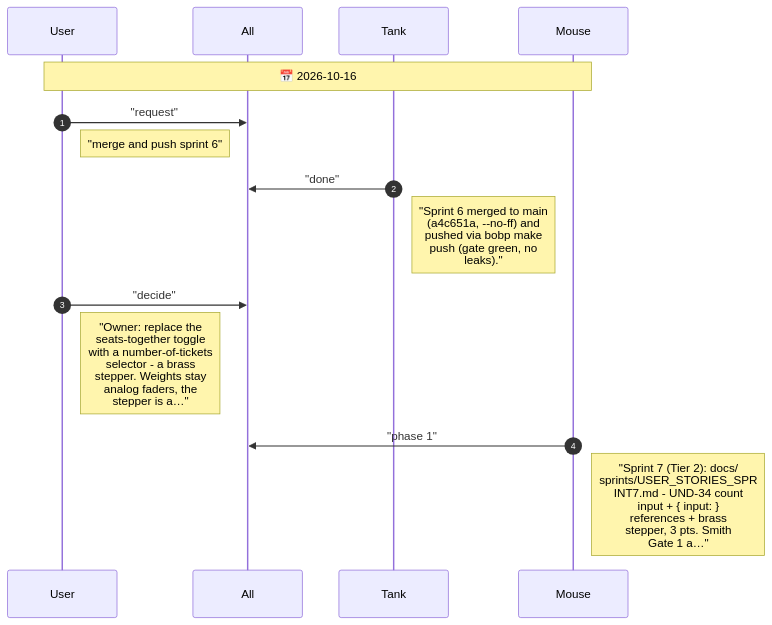
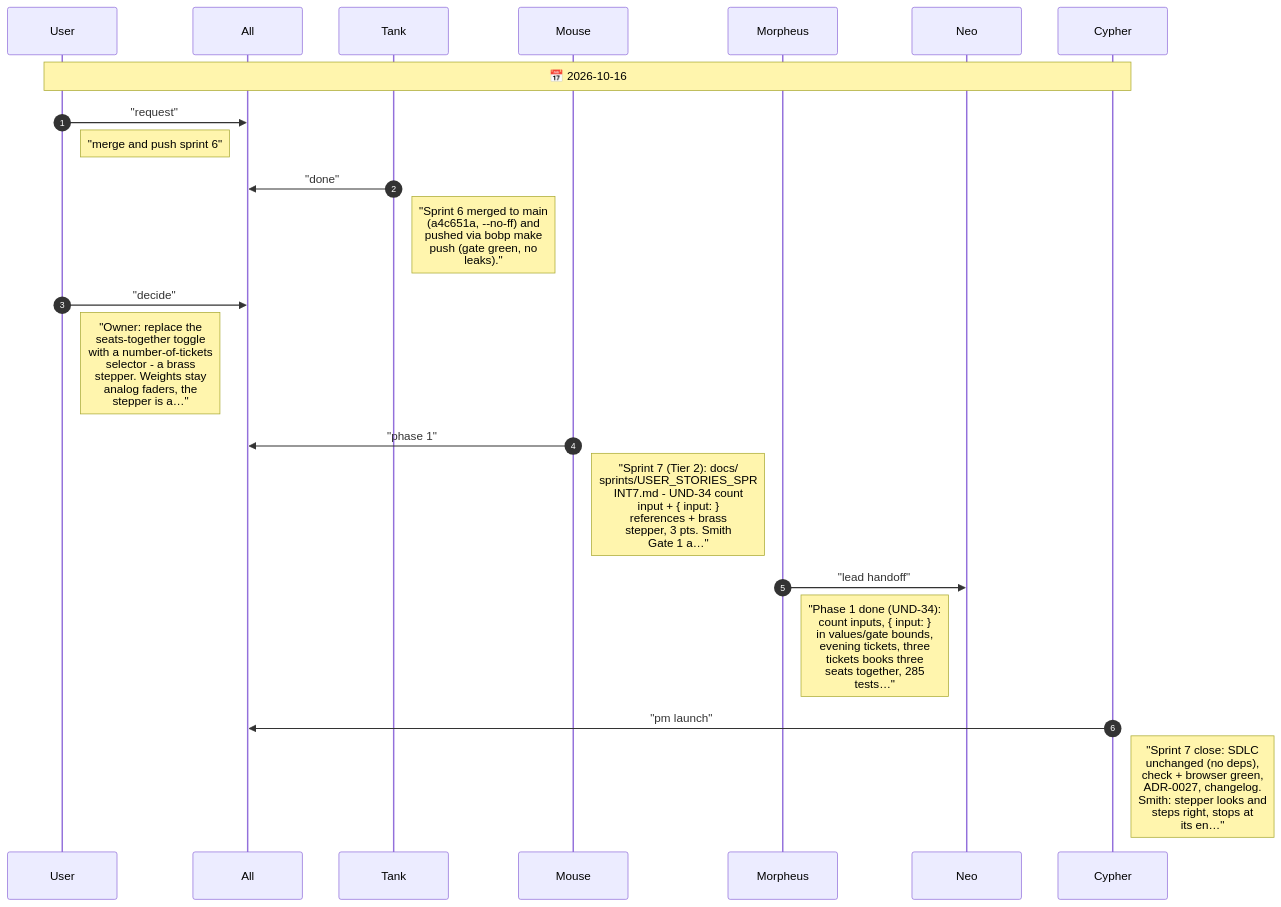
The diagram in agents/CHAT.diagram.md (drusifer/understudy), drawn with Mermaid before and after one commit. The commit also changed 11 other files, not shown here.

First line of the commit message:
Phase 2: the brass stepper; sprint 7 close (UND-34 AC4)

````diff
--- a/agents/CHAT.diagram.md
+++ b/agents/CHAT.diagram.md
@@ -5,18 +5,25 @@
 ```mermaid
 %%{init: {"sequence": {"messageFontSize": 14, "noteFontSize": 18, "actorFontSize": 14}}}%%
 sequenceDiagram
     autonumber
     participant User
     participant All
     participant Tank
     participant Mouse
-    Note over User,Mouse: 📅 2026-10-16
+    participant Morpheus
+    participant Neo
+    participant Cypher
+    Note over User,Cypher: 📅 2026-10-16
     User->>All: "request"
     Note right of User: "merge and push sprint 6"
     Tank->>All: "done"
     Note right of Tank: "Sprint 6 merged to main<br/>(a4c651a, --no-ff) and<br/>pushed via bobp make<br/>push (gate green, no<br/>leaks)."
     User->>All: "decide"
     Note right of User: "Owner: replace the<br/>seats-together toggle<br/>with a number-of-tickets<br/>selector - a brass<br/>stepper. Weights stay<br/>analog faders, the<br/>stepper is a…"
     Mouse->>All: "phase 1"
     Note right of Mouse: "Sprint 7 (Tier 2): docs/<br/>sprints/USER_STORIES_SPR<br/>INT7.md - UND-34 count<br/>input + { input: }<br/>references + brass<br/>stepper, 3 pts. Smith<br/>Gate 1 a…"
+    Morpheus->>Neo: "lead handoff"
+    Note right of Morpheus: "Phase 1 done (UND-34):<br/>count inputs, { input: }<br/>in values/gate bounds,<br/>evening tickets, three<br/>tickets books three<br/>seats together, 285<br/>tests…"
+    Cypher->>All: "pm launch"
+    Note right of Cypher: "Sprint 7 close: SDLC<br/>unchanged (no deps),<br/>check + browser green,<br/>ADR-0027, changelog.<br/>Smith: stepper looks and<br/>steps right, stops at<br/>its en…"
 ```
````
